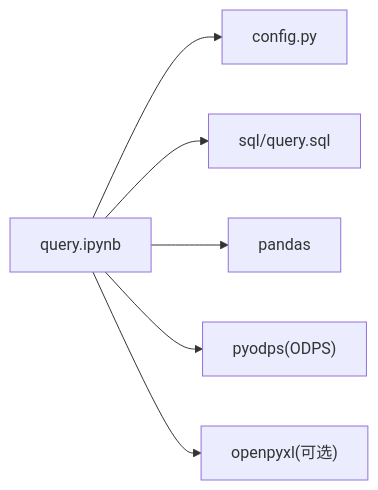
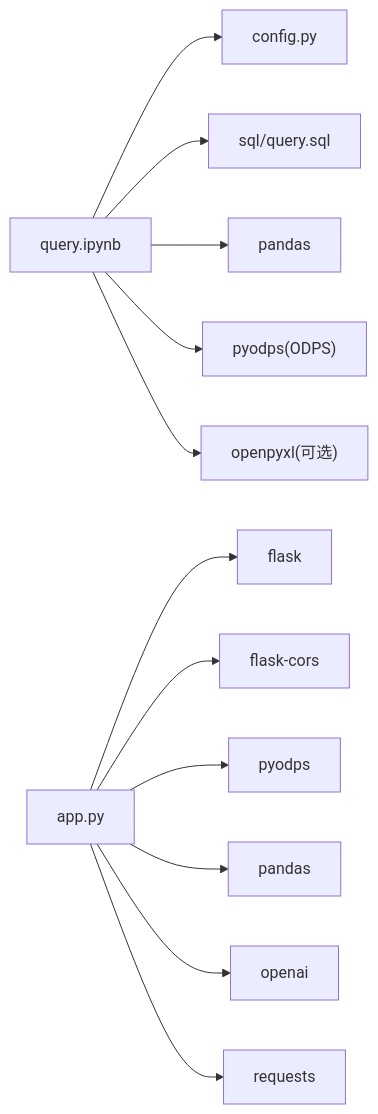
Before and after one commit to sd99886/test: the third of 3 diagrams in .qoder/repowiki/zh/content/快速开始.md, drawn with Mermaid. The commit also changed other lines of this file and 33 other files, not shown here.

Commit message:
chore: 项目结构调整与文档更新 - 新增飞书API客户端、决策评估表、衡石自定义图表模块 - 移除数据分析-for内部、ollma查询等废弃模块 - 更新repowiki文档结构 - 更新maxcompute_notebook SQL文件

````diff
--- a/.qoder/repowiki/zh/content/快速开始.md
+++ b/.qoder/repowiki/zh/content/快速开始.md
@@ -168,8 +287,14 @@
 ```mermaid
 graph LR
 QIPYNB["query.ipynb"] --> CFG["config.py"]
 QIPYNB --> SQL["sql/query.sql"]
 QIPYNB --> PD["pandas"]
 QIPYNB --> ODPSSDK["pyodps(ODPS)"]
 QIPYNB --> EXCEL["openpyxl(可选)"]
+APPPY["app.py"] --> FLASK["flask"]
+APPPY --> CORS["flask-cors"]
+APPPY --> PYODPS["pyodps"]
+APPPY --> PANDAS["pandas"]
+APPPY --> OPENAI["openai"]
+APPPY --> REQUESTS["requests"]
 ```
````
